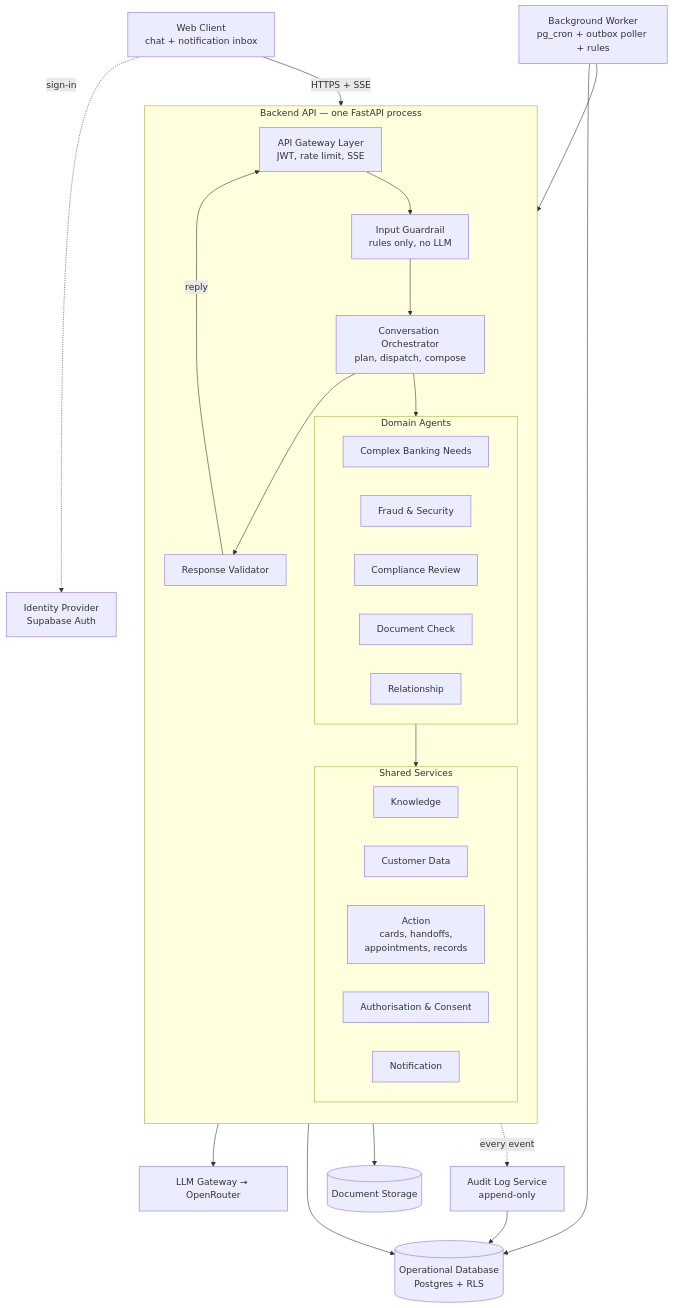
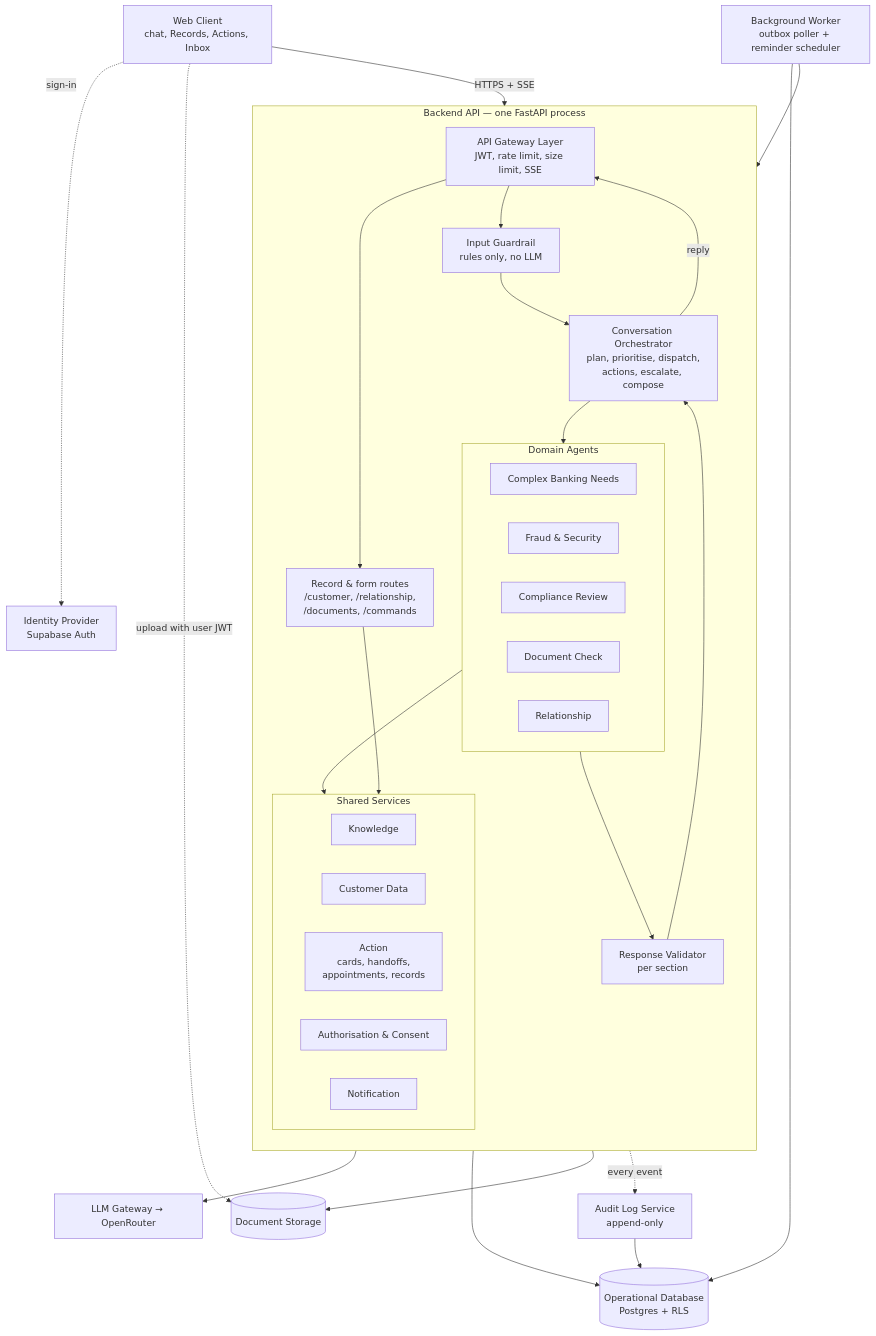
Before and after one commit to deniseLie/IS4000_Group7: the first of 4 diagrams in docs/system-architecture.md, drawn with Mermaid. The commit also changed other lines of this file, not shown here.

Commit message:
docs: describe the system architecture as built and list differences from v3.1

````diff
--- a/docs/system-architecture.md
+++ b/docs/system-architecture.md
@@ -55,46 +57,50 @@
 ```mermaid
 flowchart TB
-  WEB["Web Client<br/>chat + notification inbox"]
+  WEB["Web Client<br/>chat, Records, Actions, Inbox"]
   IDP["Identity Provider<br/>Supabase Auth"]
-  WORKER["Background Worker<br/>pg_cron + outbox poller + rules"]
+  WORKER["Background Worker<br/>outbox poller + reminder scheduler"]
 
   subgraph API["Backend API — one FastAPI process"]
     direction TB
-    GW["API Gateway Layer<br/>JWT, rate limit, SSE"]
+    GW["API Gateway Layer<br/>JWT, rate limit, size limit, SSE"]
     IG["Input Guardrail<br/>rules only, no LLM"]
-    ORC["Conversation Orchestrator<br/>plan, dispatch, compose"]
+    ORC["Conversation Orchestrator<br/>plan, prioritise, dispatch,<br/>actions, escalate, compose"]
     subgraph AGENTS["Domain Agents"]
       direction LR
       A1["Complex Banking Needs"]
       A2["Fraud & Security"]
       A3["Compliance Review"]
       A4["Document Check"]
       A5["Relationship"]
     end
     subgraph SVC["Shared Services"]
       direction LR
       S1["Knowledge"]
       S2["Customer Data"]
       S3["Action<br/>cards, handoffs,<br/>appointments, records"]
       S4["Authorisation & Consent"]
       S5["Notification"]
     end
-    VAL["Response Validator"]
+    VAL["Response Validator<br/>per section"]
+    REST["Record & form routes<br/>/customer, /relationship,<br/>/documents, /commands"]
   end
 
   LLM["LLM Gateway → OpenRouter"]
   AUDIT["Audit Log Service<br/>append-only"]
   DB[("Operational Database<br/>Postgres + RLS")]
   STORE[("Document Storage")]
 
   WEB -->|HTTPS + SSE| GW
   WEB -.->|sign-in| IDP
+  WEB -.->|upload with user JWT| STORE
   GW --> IG --> ORC --> AGENTS --> SVC
-  ORC --> VAL -->|reply| GW
+  AGENTS --> VAL --> ORC
+  ORC -->|reply| GW
+  GW --> REST --> SVC
   AGENTS --> LLM
   SVC --> DB
   SVC --> STORE
-  WORKER --> ORC
   WORKER --> DB
+  WORKER --> S5
   API -.->|every event| AUDIT --> DB
 ```
````
